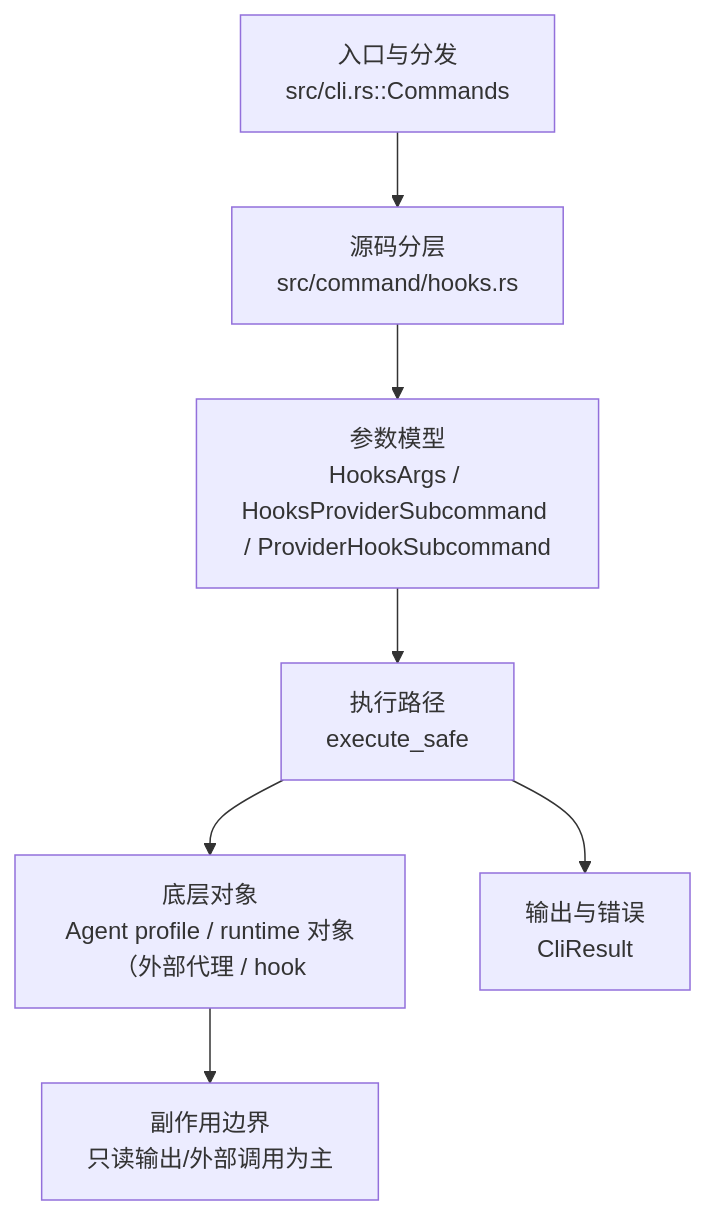
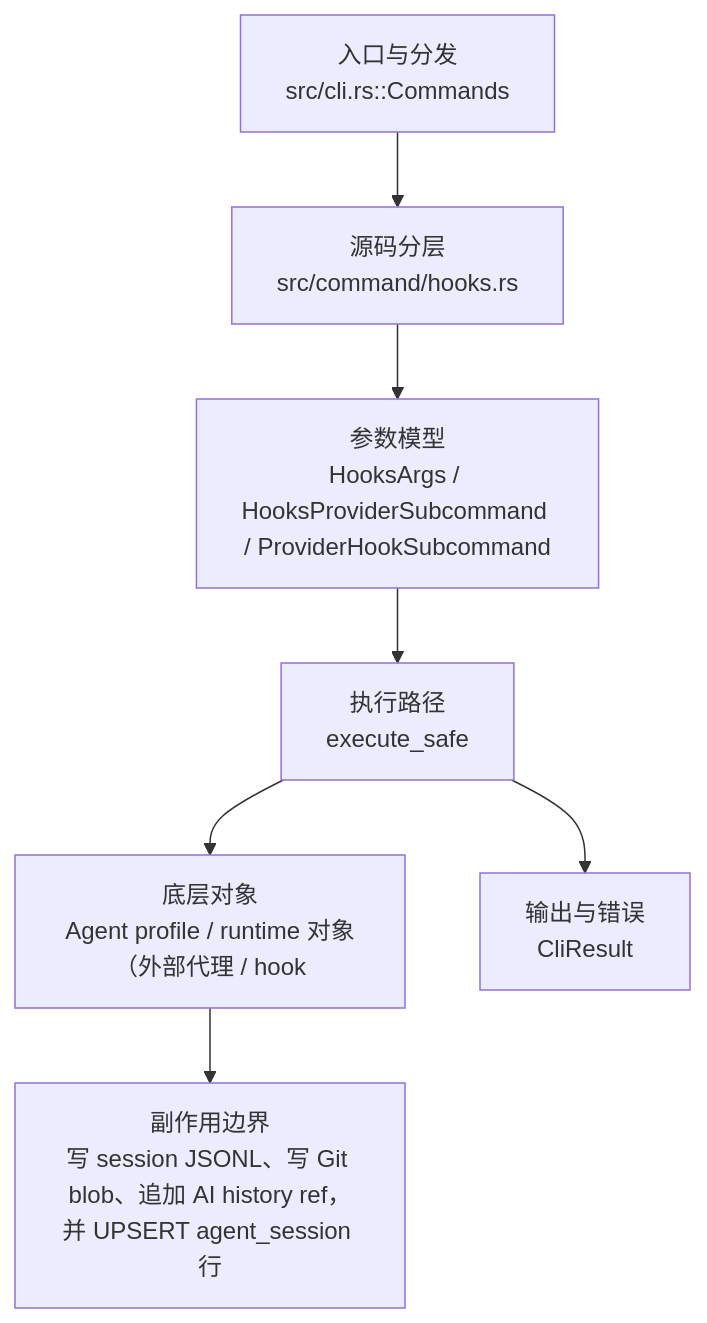
One commit to web3infra-foundation/libra changed the diagram in docs/development/commands/hooks.md. Above: the diagram before and after it, drawn with Mermaid. The commit also changed other lines of this file and 65 other files, not shown here.

````diff
--- a/docs/development/commands/hooks.md
+++ b/docs/development/commands/hooks.md
@@ -22,9 +22,9 @@
 ```mermaid
 flowchart TD
     A["入口与分发<br/>src/cli.rs::Commands"] --> B["源码分层<br/>src/command/hooks.rs"]
     B --> C["参数模型<br/>HooksArgs / HooksProviderSubcommand / ProviderHookSubcommand"]
     C --> D["执行路径<br/>execute_safe"]
     D --> E["底层对象<br/>Agent profile / runtime 对象（外部代理 / hook"]
     D --> F["输出与错误<br/>CliResult"]
-    E --> G["副作用边界<br/>只读输出/外部调用为主"]
+    E --> G["副作用边界<br/>写 session JSONL、写 Git blob、追加 AI history ref，并 UPSERT agent_session 行"]
 ```
````
